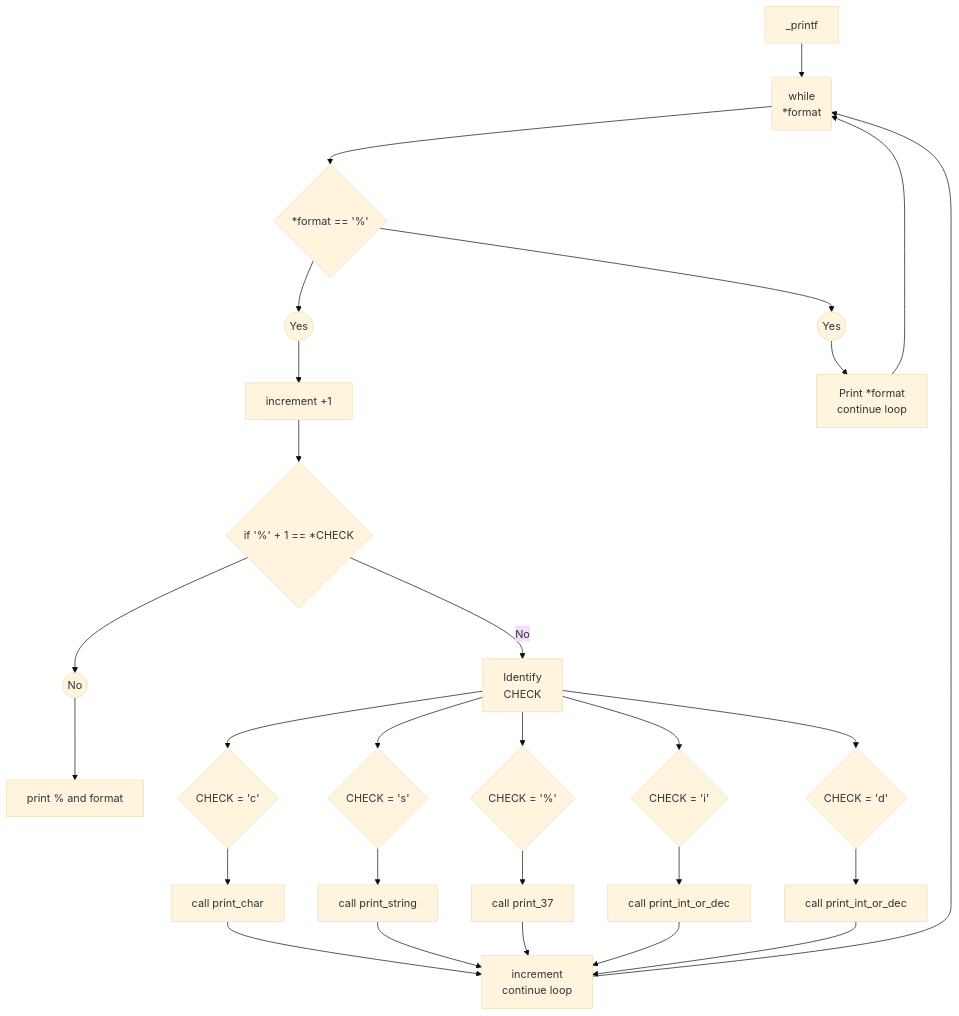
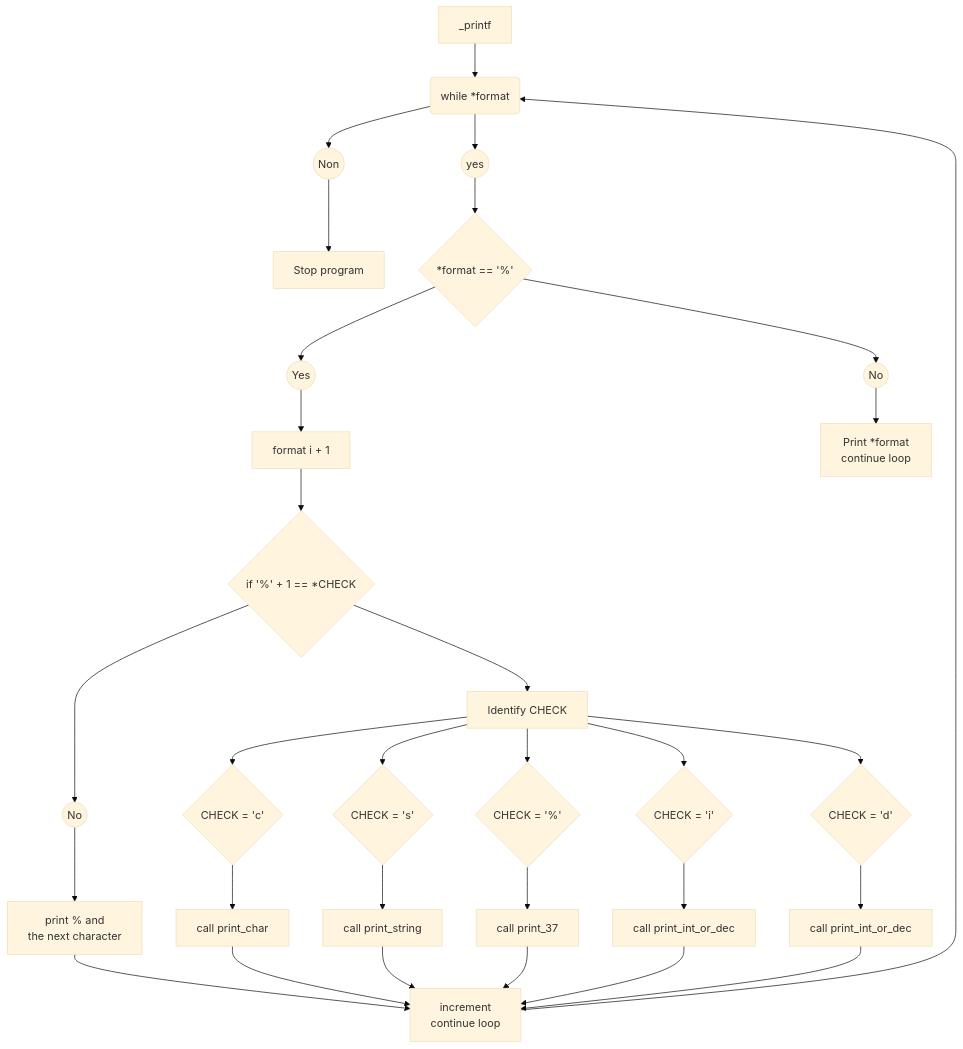
The diagram in README.md (Cyprien-GEHU/holbertonschool-printf), drawn with Mermaid (base theme) before and after one commit.

Commit message:
Flowchart done in README.md

````diff
--- a/README.md
+++ b/README.md
@@ -42,31 +42,28 @@
 ```mermaid
 flowchart TB
-    A[_printf] --> B(while
-    *format)
-    B --> C{*format == '%'}
-    C --> X((Yes)) --> F[increment +1]
+    A[_printf] --> B(while *format)
+    B --> AA((Non)) --> Z[Stop program]
+    B --> AB((yes)) --> C{*format == '%'}
+    C --> X((Yes)) --> F[format  i + 1]
     F --> G{if '%' + 1 == *CHECK}
-    G --> W((No)) --> K[print % and format]
-    G --No --> J[Identify
-    CHECK]
+    G --> W((No)) --> K[print %  and<br>the next character]
+    K --> V[increment<br>continue loop]
+    G --> J[Identify CHECK]
     J --> L{CHECK = 'c'}
     J --> M{CHECK = 's'}
     J --> N{CHECK = '%'}
     J --> O{CHECK = 'i'}
     J --> P{CHECK = 'd'}
     L --> Q[call print_char]
     M --> R[call print_string]
     N --> S[call print_37]
     O --> T[call print_int_or_dec]
     P --> U[call print_int_or_dec]
-    Q --> V[increment
-    continue loop]
+    Q --> V
     R --> V
     S --> V
     T --> V
     U --> V
     V --> B
-    C --> Y((Yes)) --> D[Print *format
-    continue loop]
-    D --> B
+    C --> Y((No)) --> D[Print *format<br>continue loop]
 ```
````
